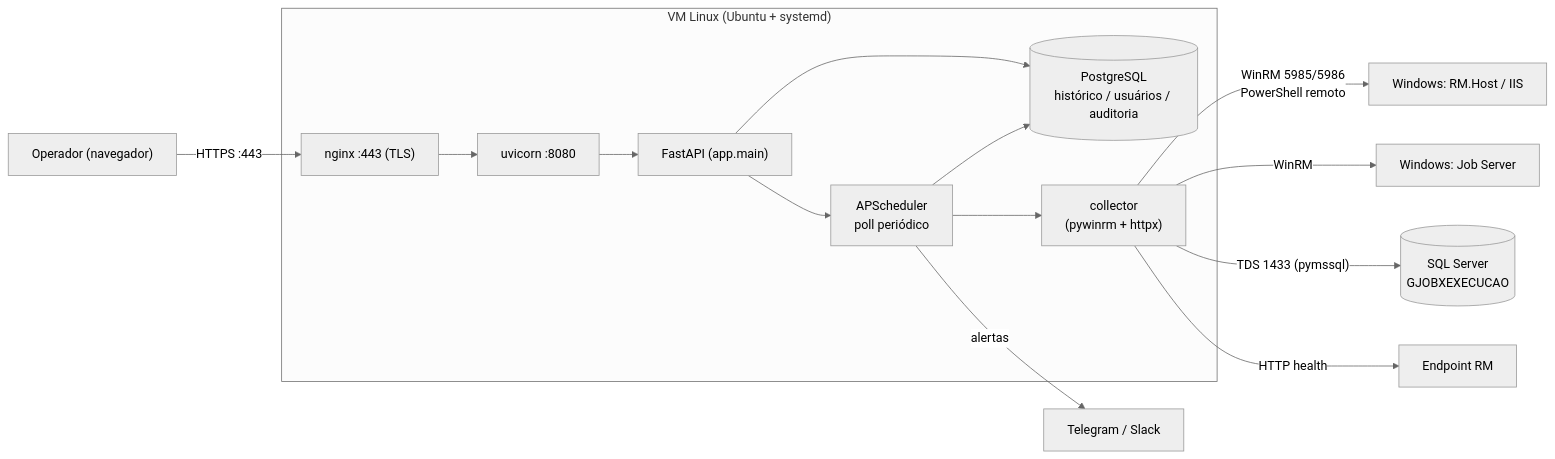
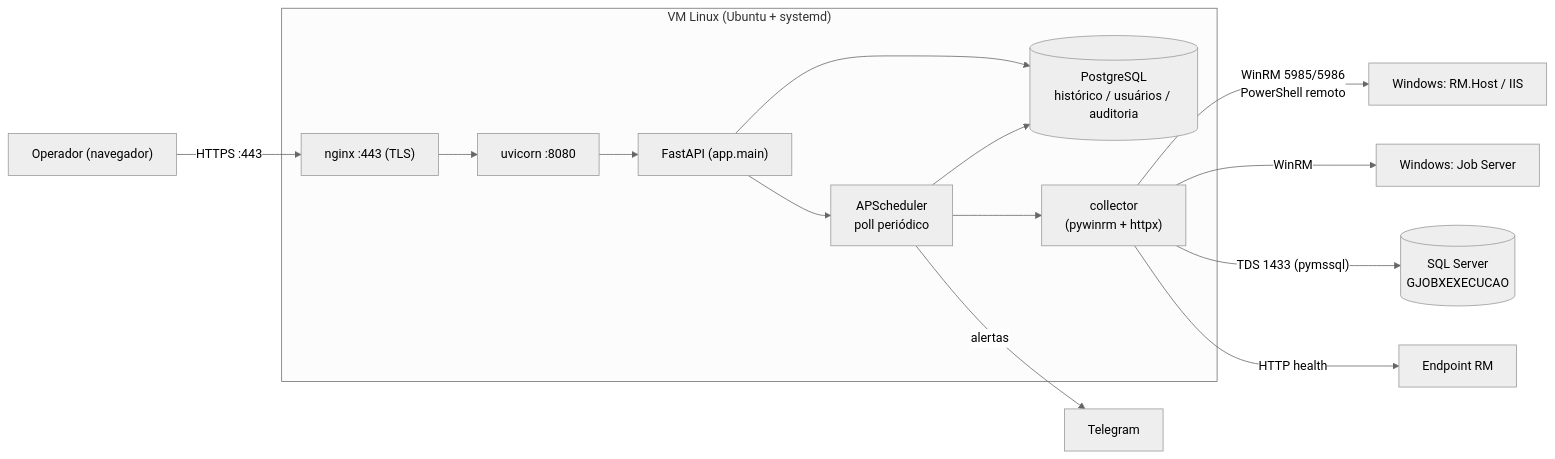
Before and after one commit to brunofaraujo/rmon: the diagram in README.md, drawn with Mermaid (neutral theme). The commit also changed other lines of this file and 16 other files, not shown here.

First line of the commit message:
Alertas so pelo Telegram: Slack removido (#69)

````diff
--- a/README.md
+++ b/README.md
@@ -56,17 +56,17 @@
 ```mermaid
 flowchart LR
     subgraph VM["VM Linux (Ubuntu + systemd)"]
         NGX["nginx :443 (TLS)"] --> UV["uvicorn :8080"]
         UV --> APP["FastAPI (app.main)"]
         APP --> SCH["APScheduler<br/>poll periódico"]
         APP --> PG[("PostgreSQL<br/>histórico / usuários / auditoria")]
         SCH --> COL["collector<br/>(pywinrm + httpx)"]
         SCH --> PG
     end
     COL -- "WinRM 5985/5986<br/>PowerShell remoto" --> W1["Windows: RM.Host / IIS"]
     COL -- "WinRM" --> W2["Windows: Job Server"]
     COL -- "TDS 1433 (pymssql)" --> SQL[("SQL Server<br/>GJOBXEXECUCAO")]
     COL -- "HTTP health" --> APPRM["Endpoint RM"]
-    SCH -- "alertas" --> TG["Telegram / Slack"]
+    SCH -- "alertas" --> TG["Telegram"]
     USER["Operador (navegador)"] -- "HTTPS :443" --> NGX
 ```
````
